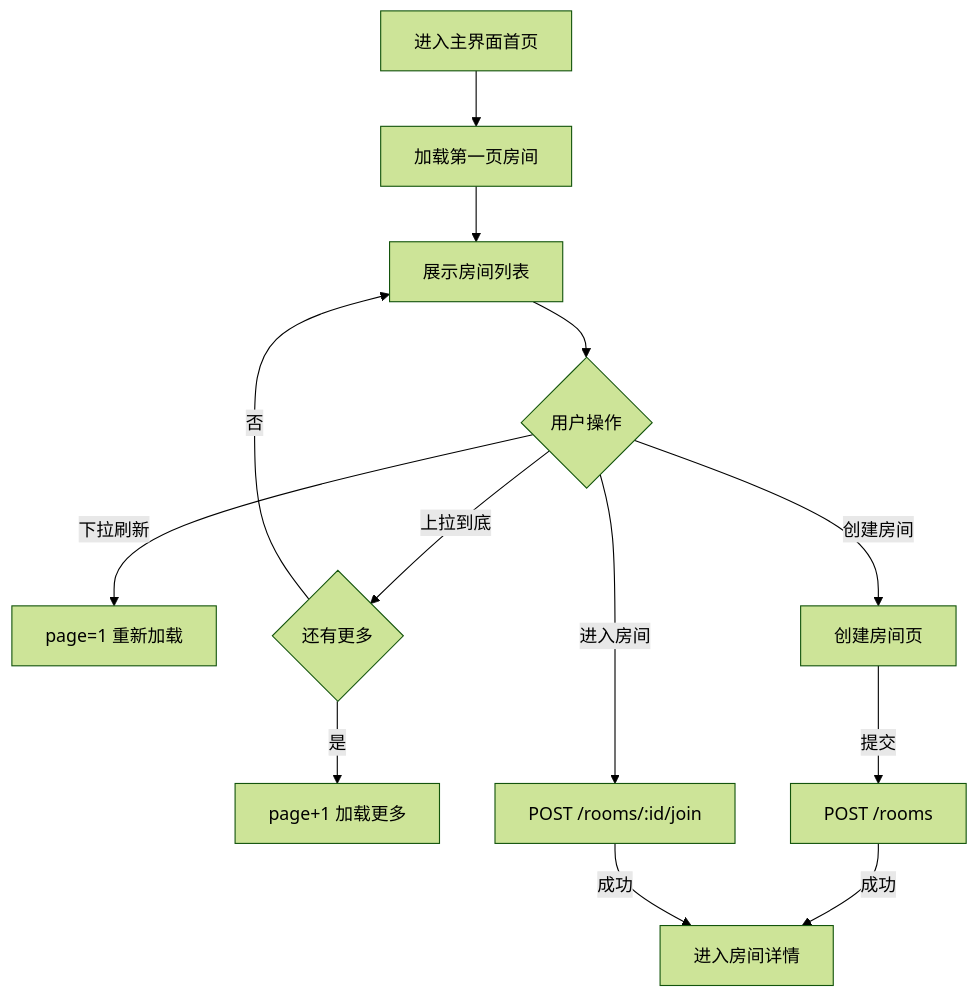
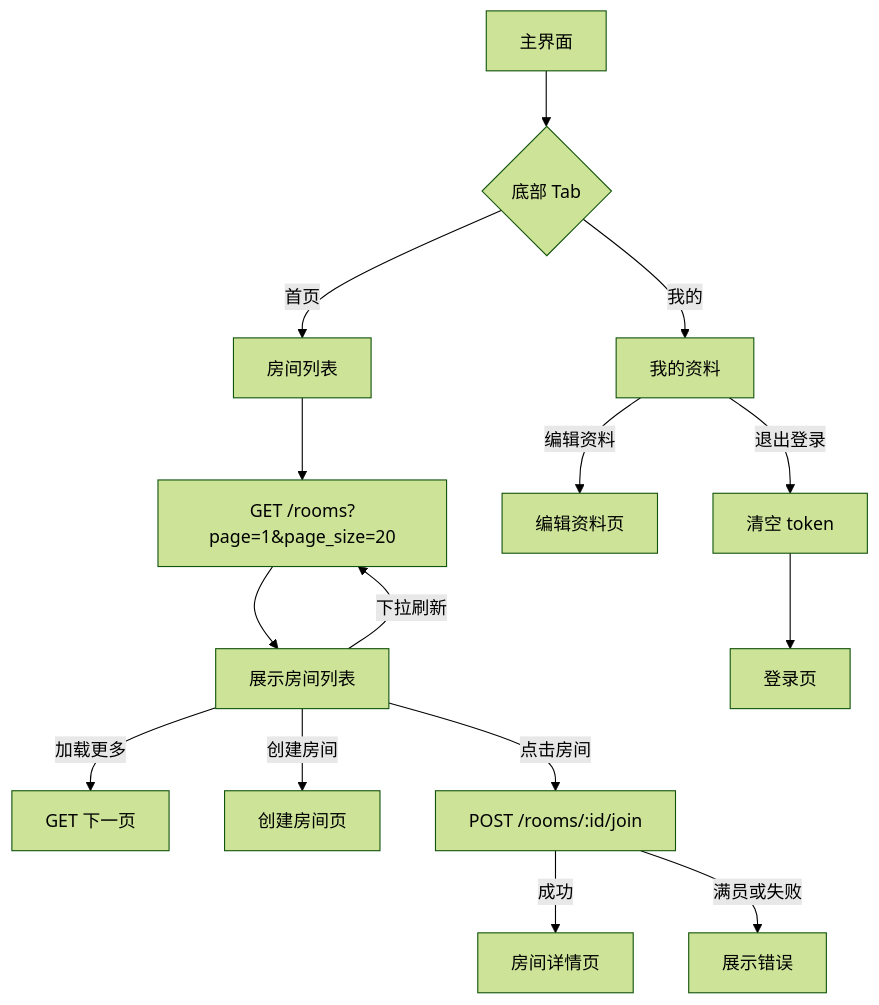
The third of 8 diagrams in docs/客户端逻辑设计.md (DancingCodes/room-app), drawn with Mermaid (forest theme) before and after one commit. The commit also changed other lines of this file and 9 other files, not shown here.

````diff
--- a/docs/客户端逻辑设计.md
+++ b/docs/客户端逻辑设计.md
@@ -59,15 +45,19 @@
 ```mermaid
 flowchart TD
-    A[进入主界面首页] --> B[加载第一页房间]
-    B --> C[展示房间列表]
-    C --> D{用户操作}
-    D -- 下拉刷新 --> E[page=1 重新加载]
-    D -- 上拉到底 --> F{还有更多}
-    F -- 是 --> G[page+1 加载更多]
-    F -- 否 --> C
-    D -- 创建房间 --> H[创建房间页]
-    D -- 进入房间 --> I[POST /rooms/:id/join]
-    H -- 提交 --> K[POST /rooms]
-    K -- 成功 --> J[进入房间详情]
-    I -- 成功 --> J
+    A[主界面] --> B{底部 Tab}
+    B -- 首页 --> C[房间列表]
+    B -- 我的 --> D[我的资料]
+
+    C --> E[GET /rooms?page=1&page_size=20]
+    E --> F[展示房间列表]
+    F -- 下拉刷新 --> E
+    F -- 加载更多 --> G[GET 下一页]
+    F -- 创建房间 --> H[创建房间页]
+    F -- 点击房间 --> I[POST /rooms/:id/join]
+    I -- 成功 --> J[房间详情页]
+    I -- 满员或失败 --> K[展示错误]
+
+    D -- 编辑资料 --> L[编辑资料页]
+    D -- 退出登录 --> M[清空 token]
+    M --> N[登录页]
 ```
````
